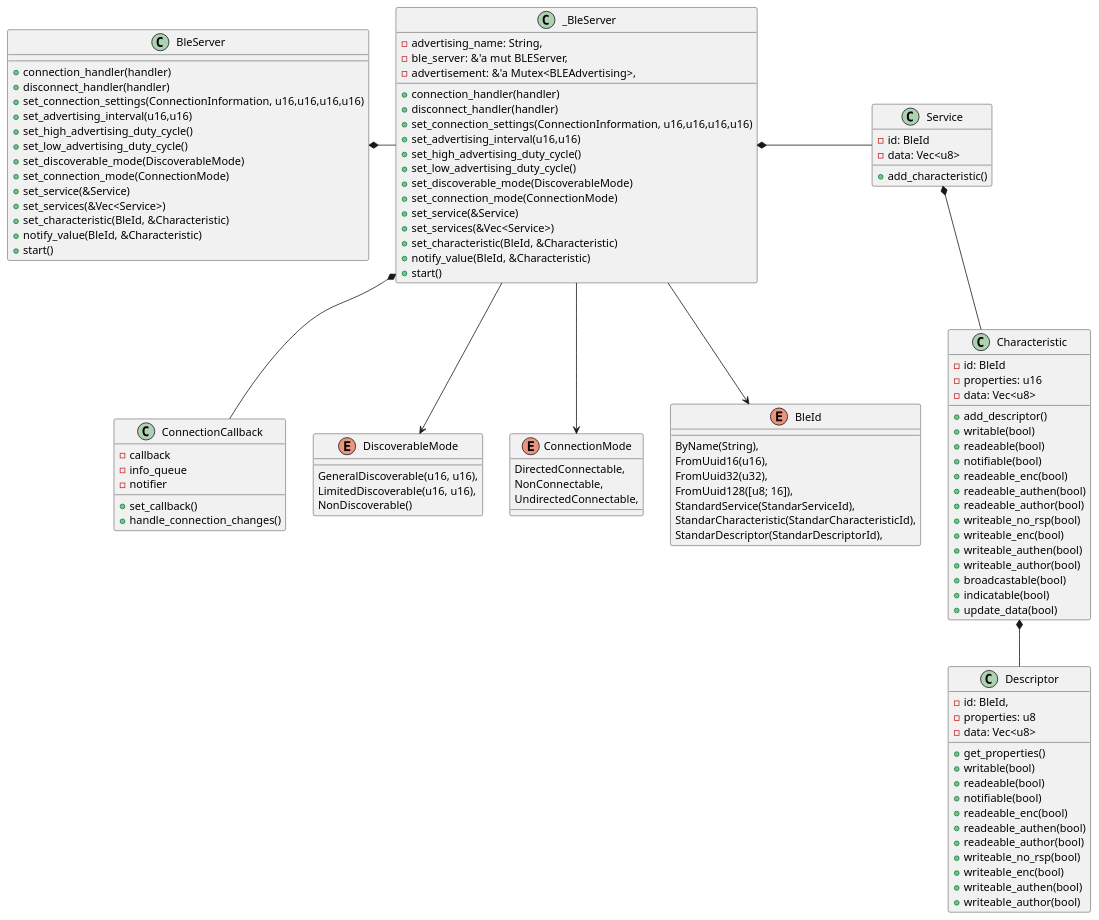
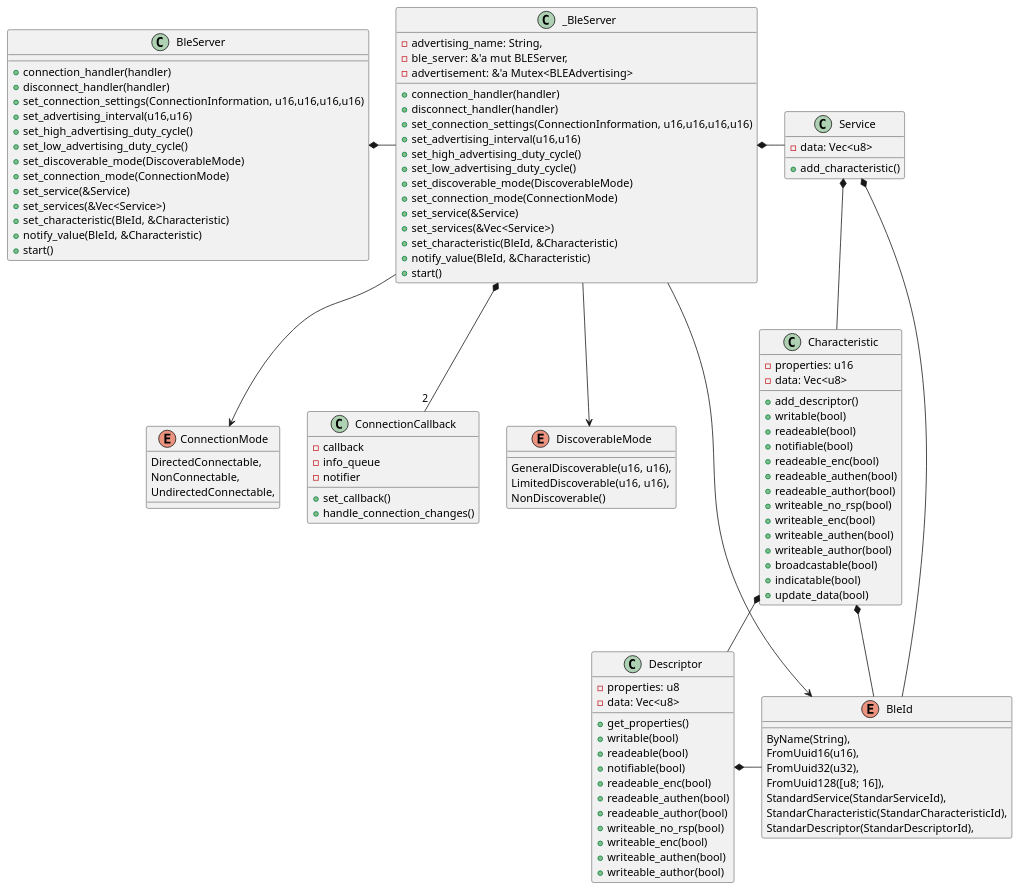
Before and after one commit to esp32framework/esp32framework: the diagram in diagrams/ble-server.puml, drawn with PlantUML. The commit also changed 8 other files, not shown here.

```diff
--- a/diagrams/ble-server.puml
+++ b/diagrams/ble-server.puml
@@ -1,125 +1,123 @@
 @startuml Ble Server
 
 
 class BleServer{
     + connection_handler(handler)
     + disconnect_handler(handler)
     + set_connection_settings(ConnectionInformation, u16,u16,u16,u16)
     + set_advertising_interval(u16,u16)
     + set_high_advertising_duty_cycle()
     + set_low_advertising_duty_cycle()
     + set_discoverable_mode(DiscoverableMode)
     + set_connection_mode(ConnectionMode)
     + set_service(&Service)
     + set_services(&Vec<Service>)
     + set_characteristic(BleId, &Characteristic)
     + notify_value(BleId, &Characteristic)
     + start()
-
 }
 
 class _BleServer{
     - advertising_name: String,
     - ble_server: &'a mut BLEServer,
-    - advertisement: &'a Mutex<BLEAdvertising>,
+    - advertisement: &'a Mutex<BLEAdvertising>
     + connection_handler(handler)
     + disconnect_handler(handler)
     + set_connection_settings(ConnectionInformation, u16,u16,u16,u16)
     + set_advertising_interval(u16,u16)
     + set_high_advertising_duty_cycle()
     + set_low_advertising_duty_cycle()
     + set_discoverable_mode(DiscoverableMode)
     + set_connection_mode(ConnectionMode)
     + set_service(&Service)
     + set_services(&Vec<Service>)
     + set_characteristic(BleId, &Characteristic)
     + notify_value(BleId, &Characteristic)
     + start()
 }
 
 class ConnectionCallback{
     -callback
     -info_queue
     -notifier
     +set_callback()
     +handle_connection_changes()
 }
 
 class Service {
-    - id: BleId
     - data: Vec<u8>
     + add_characteristic()
     
 } 
 
 class Characteristic{
-    - id: BleId
     - properties: u16
     - data: Vec<u8>
     + add_descriptor()
     + writable(bool)
     + readeable(bool)
     + notifiable(bool)
     + readeable_enc(bool)
     + readeable_authen(bool)
     + readeable_author(bool)
     + writeable_no_rsp(bool)
     + writeable_enc(bool)
     + writeable_authen(bool)
     + writeable_author(bool)
     + broadcastable(bool)
     + indicatable(bool)
     + update_data(bool)
 }
 
 class Descriptor{
-    - id: BleId,
     - properties: u8
     - data: Vec<u8>
     + get_properties()
     + writable(bool)
     + readeable(bool)
     + notifiable(bool)
     + readeable_enc(bool)
     + readeable_authen(bool)
     + readeable_author(bool)
     + writeable_no_rsp(bool)
     + writeable_enc(bool)
     + writeable_authen(bool)
     + writeable_author(bool)
 }
 
 enum DiscoverableMode {
     GeneralDiscoverable(u16, u16),
     LimitedDiscoverable(u16, u16), 
     NonDiscoverable()
 }
 
 enum ConnectionMode {
     DirectedConnectable,
     NonConnectable,
     UndirectedConnectable,
 }
 
 enum BleId {
     ByName(String),
     FromUuid16(u16),
     FromUuid32(u32),
     FromUuid128([u8; 16]),
     StandardService(StandarServiceId),
     StandarCharacteristic(StandarCharacteristicId),
     StandarDescriptor(StandarDescriptorId),
 }
 
 BleServer *-right- _BleServer
 _BleServer *- Service
-_BleServer *-- ConnectionCallback
+_BleServer *-- "2" ConnectionCallback
 Service *-- Characteristic
 Characteristic  *-- Descriptor
 _BleServer --> DiscoverableMode
 _BleServer --> ConnectionMode
-_BleServer --> BleId
-
+_BleServer -> BleId
+Service *- BleId
+Characteristic *- BleId
+Descriptor *- BleId
 
 
 @enduml
```
